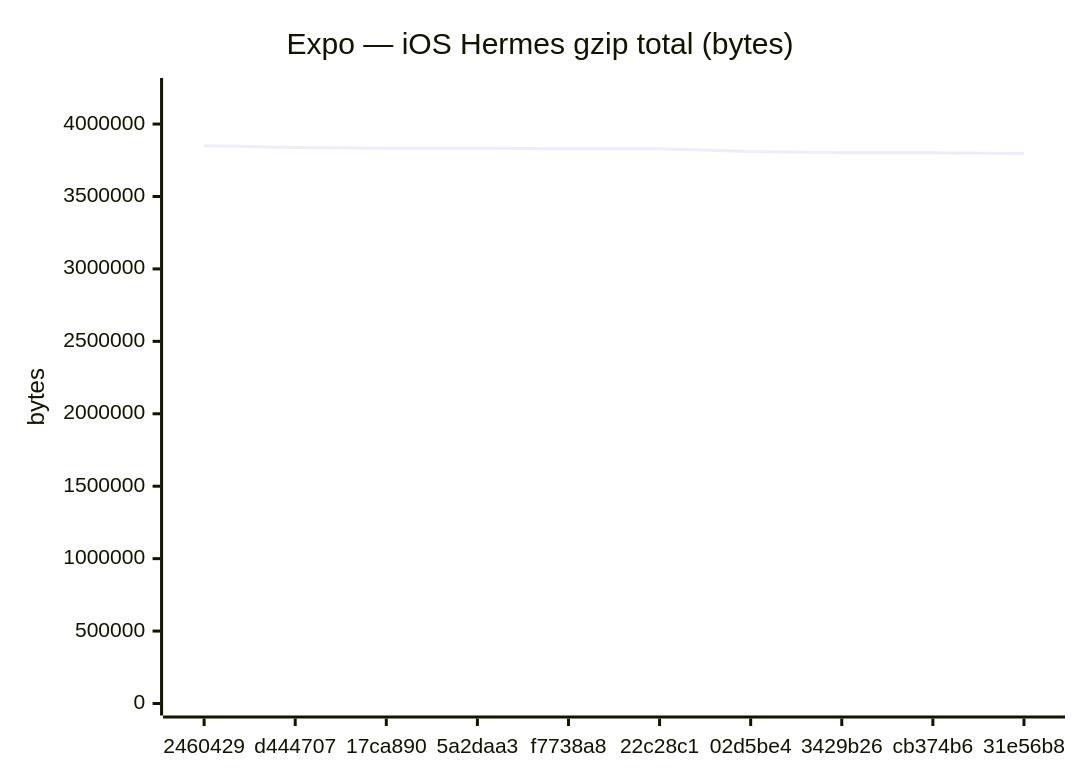
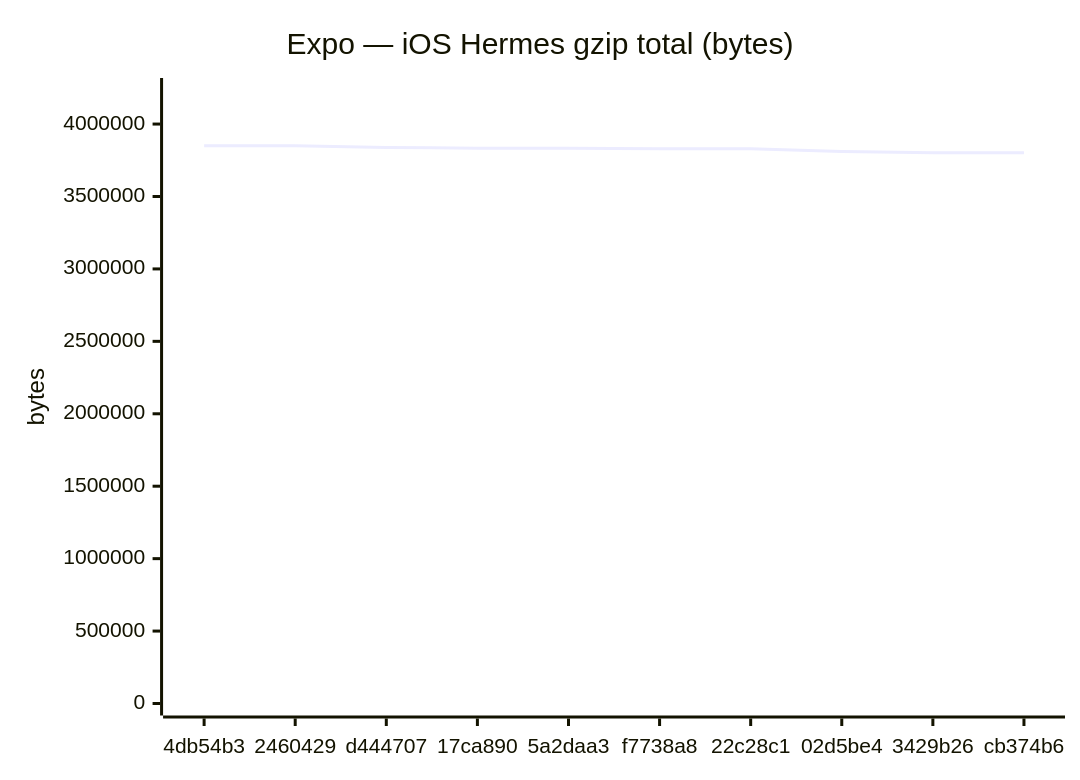
One commit to Metaheurist/Rianell changed the sixth of 18 diagrams in benchmarks/compare.md. Above: the diagram before and after it, drawn with Mermaid. The commit also changed other lines of this file and 11 other files, not shown here.

````diff
--- a/benchmarks/compare.md
+++ b/benchmarks/compare.md
@@ -96,7 +96,7 @@
 ```mermaid
 xychart-beta
     title "Expo — iOS Hermes gzip total (bytes)"
-    x-axis ["2460429", "d444707", "17ca890", "5a2daa3", "f7738a8", "22c28c1", "02d5be4", "3429b26", "cb374b6", "31e56b8"]
-    y-axis "bytes" 0 --> 4235115
-    line [3850104, 3837764, 3833771, 3832292, 3830296, 3828818, 3810818, 3801309, 3801305, 3796002]
+    x-axis ["4db54b3", "2460429", "d444707", "17ca890", "5a2daa3", "f7738a8", "22c28c1", "02d5be4", "3429b26", "cb374b6"]
+    y-axis "bytes" 0 --> 4235116
+    line [3850105, 3850104, 3837764, 3833771, 3832292, 3830296, 3828818, 3810818, 3801309, 3801305]
 ```
````
